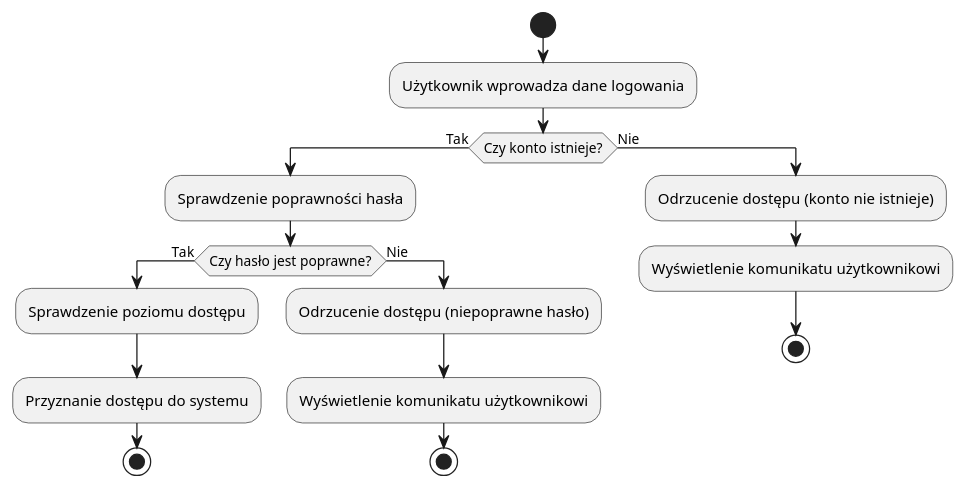
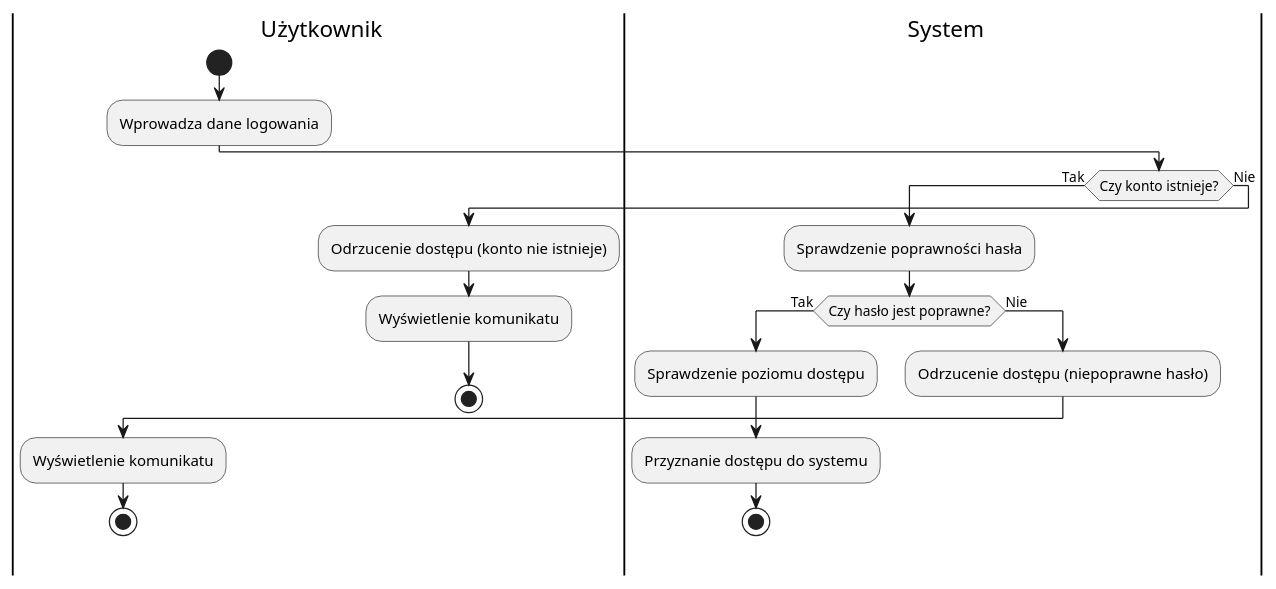
The diagram in dokumentacja/specyfikacja.wymagan/2.opis.biznesu/procesy.biznesowe/procesy/PB0005.puml (aleksanderpiluk/IWO), drawn with PlantUML before and after one commit.

```diff
--- a/dokumentacja/specyfikacja.wymagan/2.opis.biznesu/procesy.biznesowe/procesy/PB0005.puml
+++ b/dokumentacja/specyfikacja.wymagan/2.opis.biznesu/procesy.biznesowe/procesy/PB0005.puml
@@ -1,22 +1,25 @@
 @startuml
+|u| Użytkownik
 start
+:Wprowadza dane logowania;
 
-:Użytkownik wprowadza dane logowania;
+|s| System
 if (Czy konto istnieje?) then (Tak)
   :Sprawdzenie poprawności hasła;
   if (Czy hasło jest poprawne?) then (Tak)
     :Sprawdzenie poziomu dostępu;
     :Przyznanie dostępu do systemu;
-    
     stop
   else (Nie)
     :Odrzucenie dostępu (niepoprawne hasło);
-    :Wyświetlenie komunikatu użytkownikowi;
+    |u| Użytkownik
+    :Wyświetlenie komunikatu;
     stop
   endif
 else (Nie)
   :Odrzucenie dostępu (konto nie istnieje);
-  :Wyświetlenie komunikatu użytkownikowi;
+  |u| Użytkownik
+  :Wyświetlenie komunikatu;
   stop
 endif
 @enduml
```
